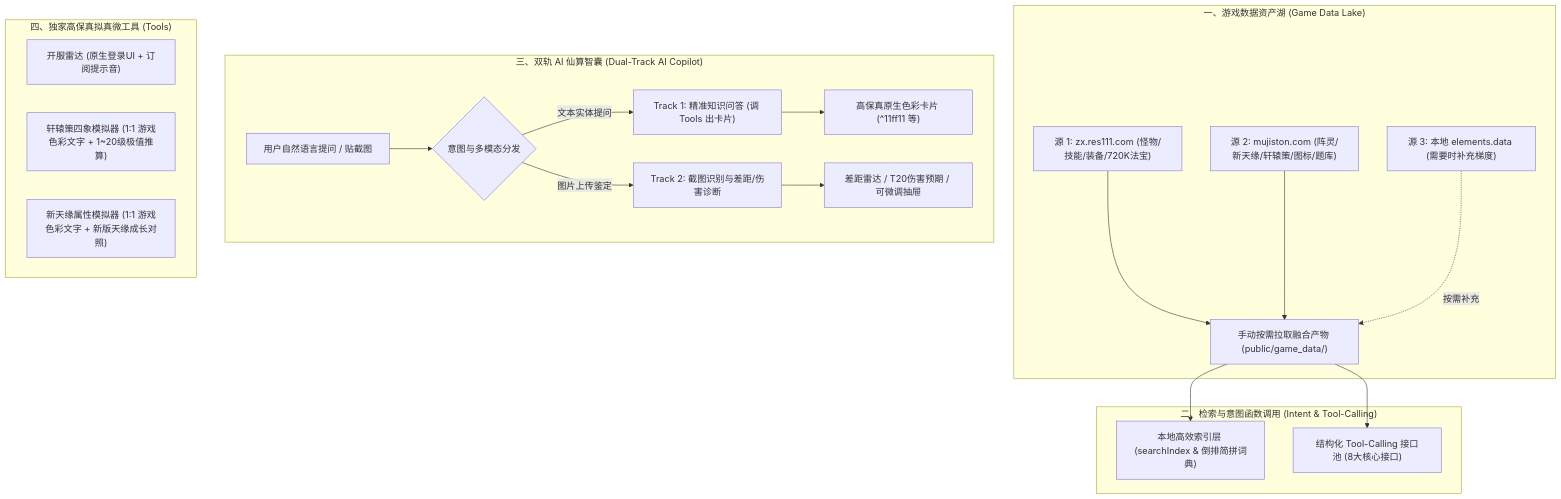
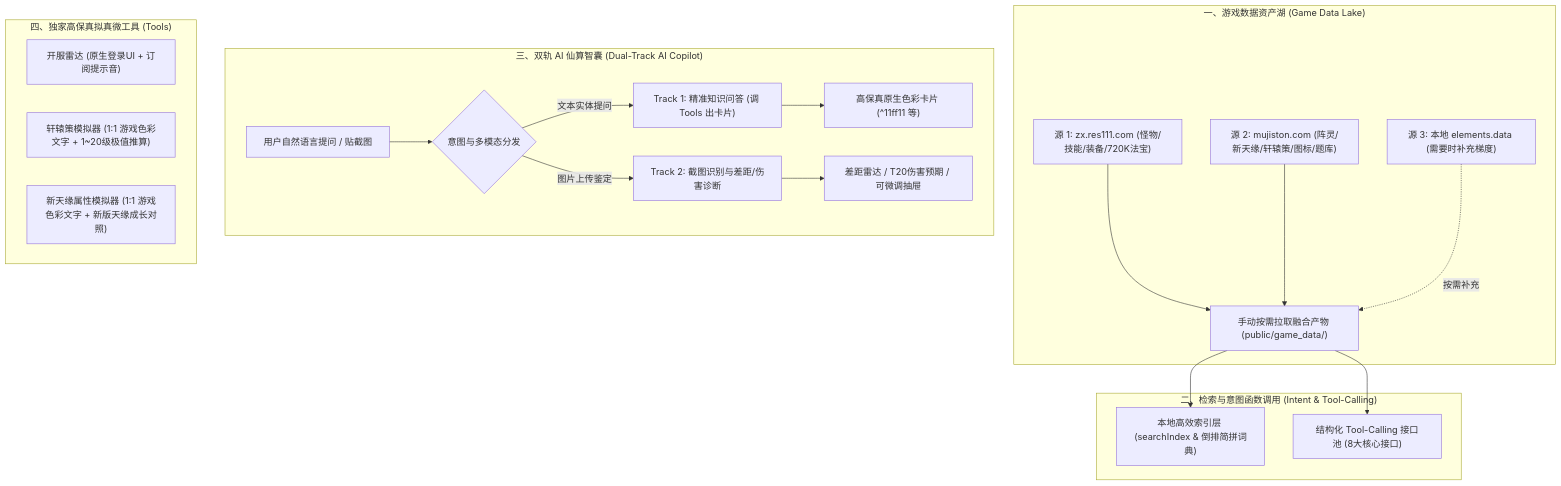
Before and after one commit to myonlystarWang/new_zx_calc_noactcode_agent: the diagram in doc/plan.md, drawn with Mermaid. The commit also changed 15 other files, not shown here.

````diff
--- a/doc/plan.md
+++ b/doc/plan.md
@@ -31,33 +31,33 @@
 ```mermaid
 graph TD
     subgraph DataLake["一、游戏数据资产湖 (Game Data Lake)"]
         S1["源 1: zx.res111.com (怪物/技能/装备/720K法宝)"]
         S2["源 2: mujiston.com (阵灵/新天缘/轩辕策/图标/题库)"]
         S3["源 3: 本地 elements.data (需要时补充梯度)"]
         DL["手动按需拉取融合产物 (public/game_data/)"]
         S1 --> DL
         S2 --> DL
         S3 -.->|按需补充| DL
     end
 
     subgraph CoreEngine["二、检索与意图函数调用 (Intent & Tool-Calling)"]
         Index["本地高效索引层 (searchIndex & 倒排简拼词典)"]
         Tools["结构化 Tool-Calling 接口池 (8大核心接口)"]
         DL --> Index
         DL --> Tools
     end
 
     subgraph AIAssistant["三、双轨 AI 仙算智囊 (Dual-Track AI Copilot)"]
         UserIn["用户自然语言提问 / 贴截图"] --> Router{"意图与多模态分发"}
         Router -->|文本实体提问| T1["Track 1: 精准知识问答 (调 Tools 出卡片)"]
         Router -->|图片上传鉴定| T2["Track 2: 截图识别与差距/伤害诊断"]
         T1 --> Cards["高保真原生色彩卡片 (^11ff11 等)"]
         T2 --> Diag["差距雷达 / T20伤害预期 / 可微调抽屉"]
     end
 
     subgraph MicroTools["四、独家高保真拟真微工具 (Tools)"]
         MT1["开服雷达 (原生登录UI + 订阅提示音)"]
-        MT2["轩辕策四象模拟器 (1:1 游戏色彩文字 + 1~20级极值推算)"]
+        MT2["轩辕策模拟器 (1:1 游戏色彩文字 + 1~20级极值推算)"]
         MT3["新天缘属性模拟器 (1:1 游戏色彩文字 + 新版天缘成长对照)"]
     end
 ```
````
